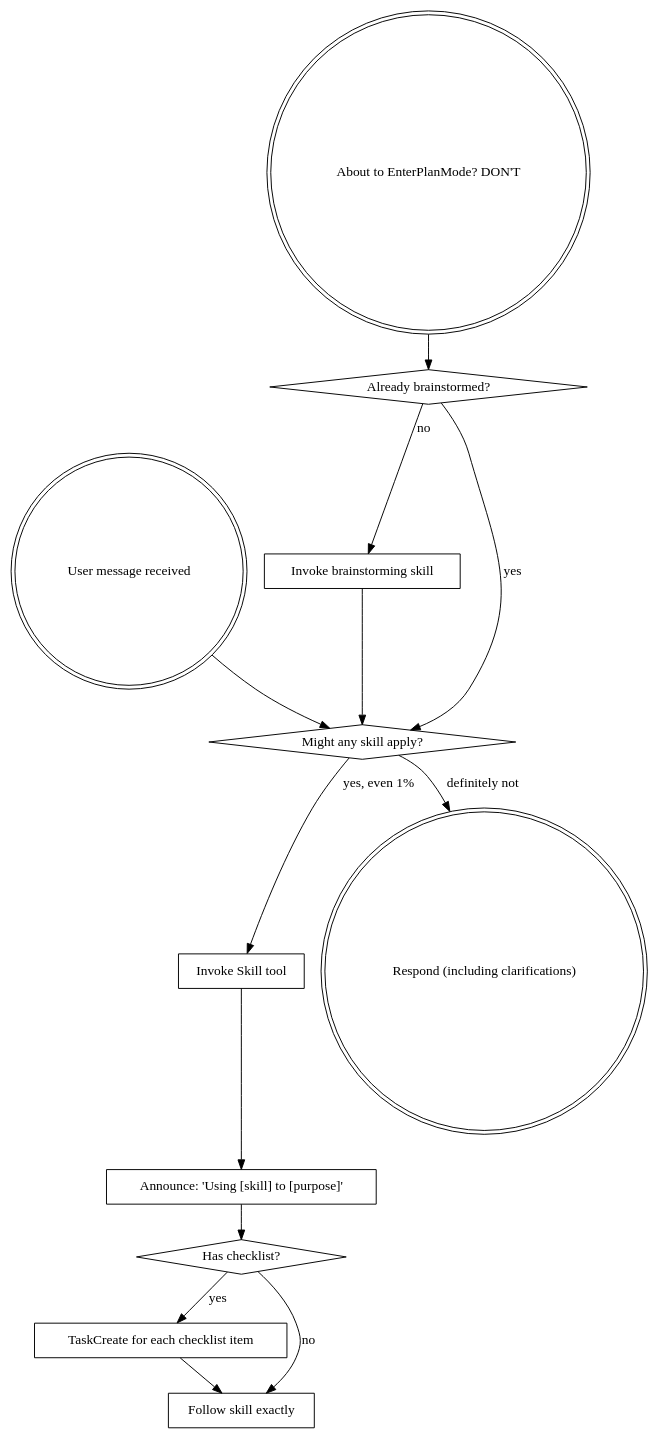
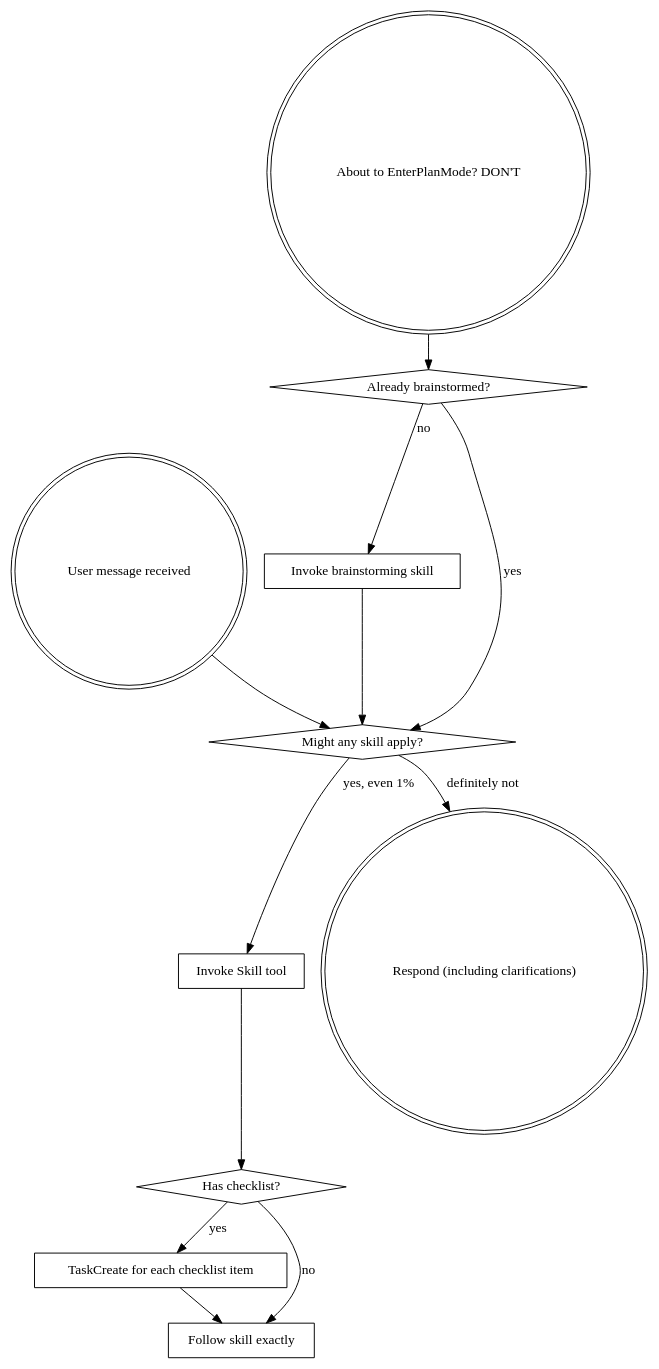
Before and after one commit to braseidon/superpowers: the diagram in skills/using-superpowers/SKILL.md, drawn with Graphviz. The commit also changed 4 other files, not shown here.

````diff
--- a/skills/using-superpowers/SKILL.md
+++ b/skills/using-superpowers/SKILL.md
@@ -38,29 +38,27 @@
 ```dot
 digraph skill_flow {
     "User message received" [shape=doublecircle];
     "About to EnterPlanMode? DON'T" [shape=doublecircle];
     "Already brainstormed?" [shape=diamond];
     "Invoke brainstorming skill" [shape=box];
     "Might any skill apply?" [shape=diamond];
     "Invoke Skill tool" [shape=box];
-    "Announce: 'Using [skill] to [purpose]'" [shape=box];
     "Has checklist?" [shape=diamond];
     "TaskCreate for each checklist item" [shape=box];
     "Follow skill exactly" [shape=box];
     "Respond (including clarifications)" [shape=doublecircle];
 
     "About to EnterPlanMode? DON'T" -> "Already brainstormed?";
     "Already brainstormed?" -> "Invoke brainstorming skill" [label="no"];
     "Already brainstormed?" -> "Might any skill apply?" [label="yes"];
     "Invoke brainstorming skill" -> "Might any skill apply?";
 
     "User message received" -> "Might any skill apply?";
     "Might any skill apply?" -> "Invoke Skill tool" [label="yes, even 1%"];
     "Might any skill apply?" -> "Respond (including clarifications)" [label="definitely not"];
-    "Invoke Skill tool" -> "Announce: 'Using [skill] to [purpose]'";
-    "Announce: 'Using [skill] to [purpose]'" -> "Has checklist?";
+    "Invoke Skill tool" -> "Has checklist?";
     "Has checklist?" -> "TaskCreate for each checklist item" [label="yes"];
     "Has checklist?" -> "Follow skill exactly" [label="no"];
     "TaskCreate for each checklist item" -> "Follow skill exactly";
 }
 ```
````
